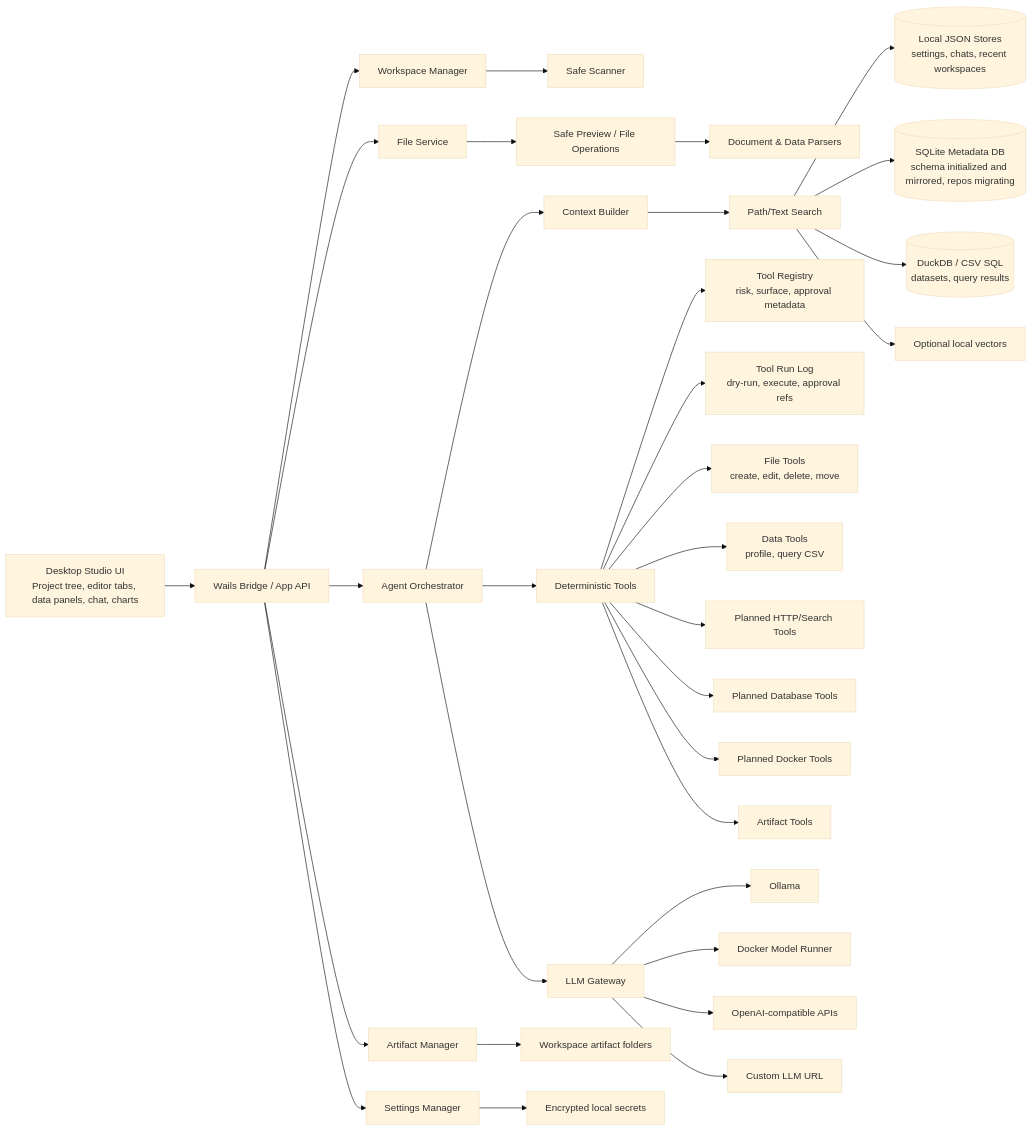
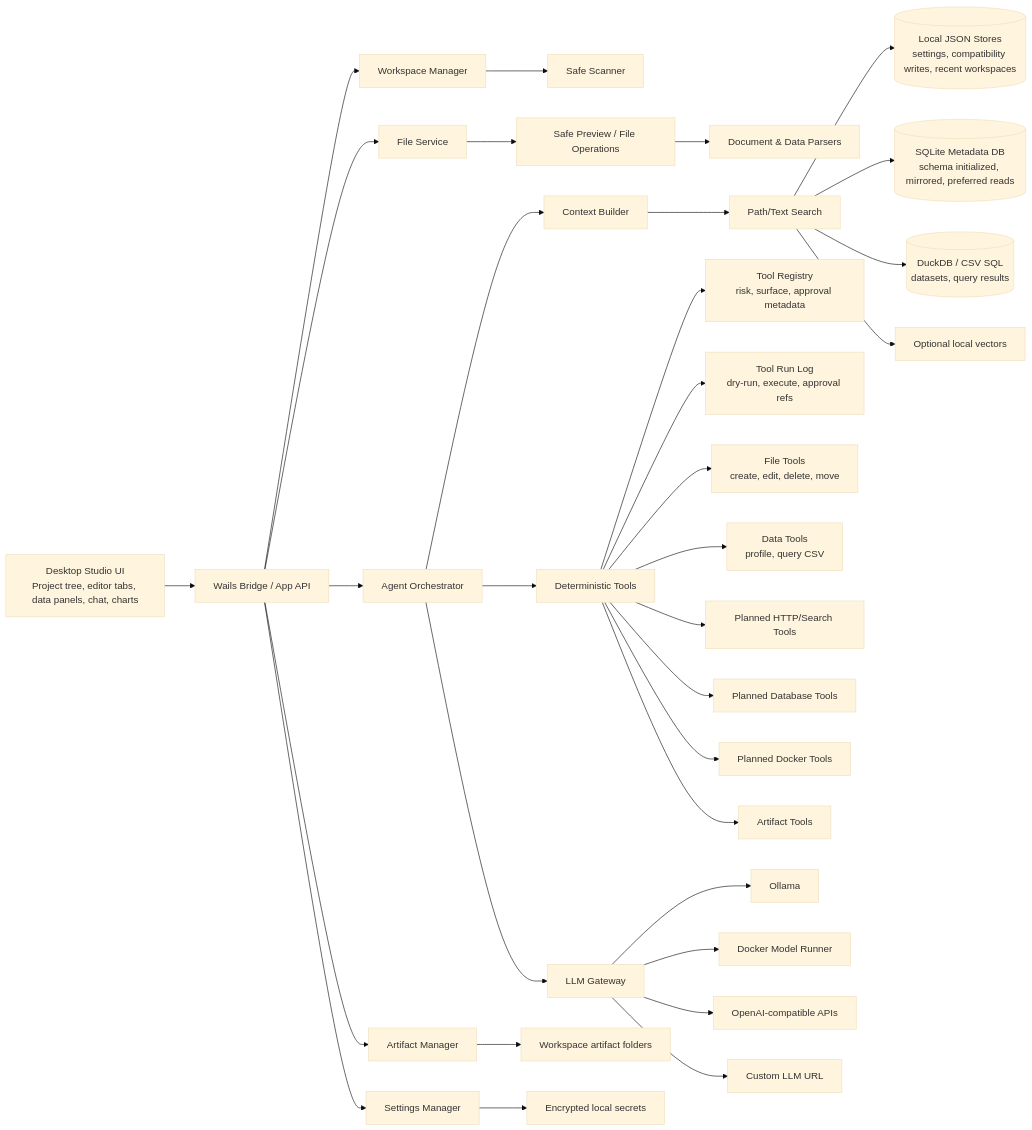
The diagram in docs/02_ARCHITECTURE.md (RCooLeR/NexusDesk), drawn with Mermaid (base theme) before and after one commit. The commit also changed other lines of this file and 25 other files, not shown here.

````diff
--- a/docs/02_ARCHITECTURE.md
+++ b/docs/02_ARCHITECTURE.md
@@ -48,41 +49,41 @@
 ```mermaid
 flowchart LR
   UI["Desktop Studio UI<br/>Project tree, editor tabs, data panels, chat, charts"] --> Bridge["Wails Bridge / App API"]
 
   Bridge --> Workspace["Workspace Manager"]
   Bridge --> Files["File Service"]
   Bridge --> Agent["Agent Orchestrator"]
   Bridge --> Artifacts["Artifact Manager"]
   Bridge --> Settings["Settings Manager"]
 
   Workspace --> Scanner["Safe Scanner"]
   Files --> Previewer["Safe Preview / File Operations"]
   Previewer --> Parsers["Document & Data Parsers"]
 
   Agent --> Context["Context Builder"]
   Agent --> Tools["Deterministic Tools"]
   Agent --> LLM["LLM Gateway"]
 
   Context --> Search["Path/Text Search"]
-  Search --> JsonStores[("Local JSON Stores<br/>settings, chats, recent workspaces")]
-  Search --> AppDB[("SQLite Metadata DB<br/>schema initialized and mirrored, repos migrating")]
+  Search --> JsonStores[("Local JSON Stores<br/>settings, compatibility writes, recent workspaces")]
+  Search --> AppDB[("SQLite Metadata DB<br/>schema initialized, mirrored, preferred reads")]
   Search --> AnalyticsDB[("DuckDB / CSV SQL<br/>datasets, query results")]
   Search --> FutureVectorStore["Optional local vectors"]
 
   Tools --> Registry["Tool Registry<br/>risk, surface, approval metadata"]
   Tools --> ToolRuns["Tool Run Log<br/>dry-run, execute, approval refs"]
   Tools --> FileTools["File Tools<br/>create, edit, delete, move"]
   Tools --> DataTools["Data Tools<br/>profile, query CSV"]
   Tools --> FutureWebTools["Planned HTTP/Search Tools"]
   Tools --> FutureDBTools["Planned Database Tools"]
   Tools --> FutureDockerTools["Planned Docker Tools"]
   Tools --> ArtifactTools["Artifact Tools"]
 
   LLM --> Ollama["Ollama"]
   LLM --> DockerModelRunner["Docker Model Runner"]
   LLM --> OpenAICompat["OpenAI-compatible APIs"]
   LLM --> CustomGateway["Custom LLM URL"]
 
   Artifacts --> WorkspaceFiles["Workspace artifact folders"]
   Settings --> Secrets["Encrypted local secrets"]
 ```
````
